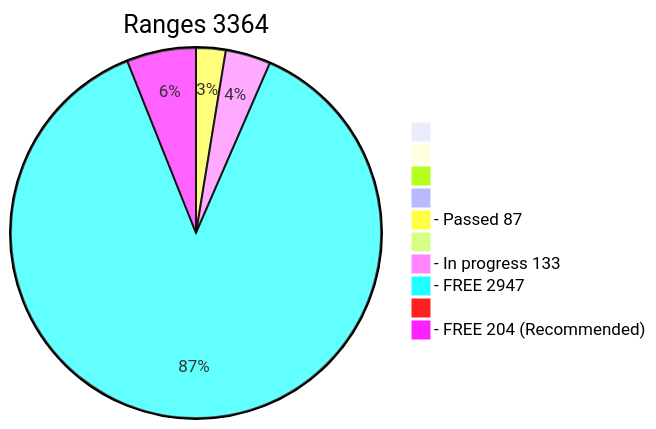
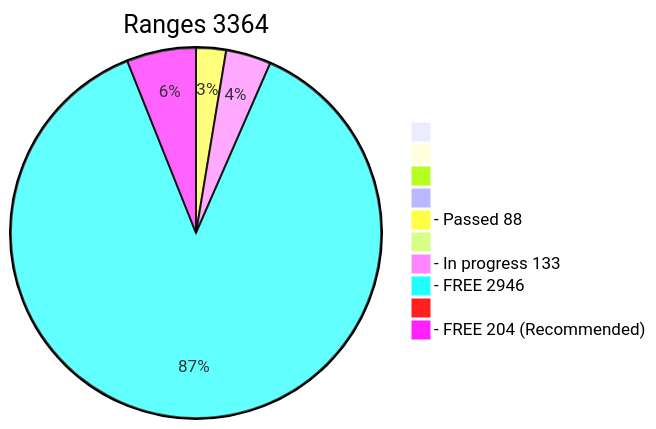
Before and after one commit to phrutis/wif500: the diagram in x64/Release/table.md, drawn with Mermaid. The commit also changed other lines of this file, not shown here.

````diff
--- a/x64/Release/table.md
+++ b/x64/Release/table.md
@@ -3,13 +3,13 @@
 ```mermaid
 pie title Ranges 3364
   " " : 0
   "  " : 0
   "   " : 0
   "    " : 0
-  "- Passed 87" : 87
+  "- Passed 88" : 88
   "     " : 0
   "- In progress 133" : 133
-  "- FREE 2947" : 2947
+  "- FREE 2946" : 2946
   "      " : 0
   "- FREE 204 (Recommended)" : 204
 ```
````
